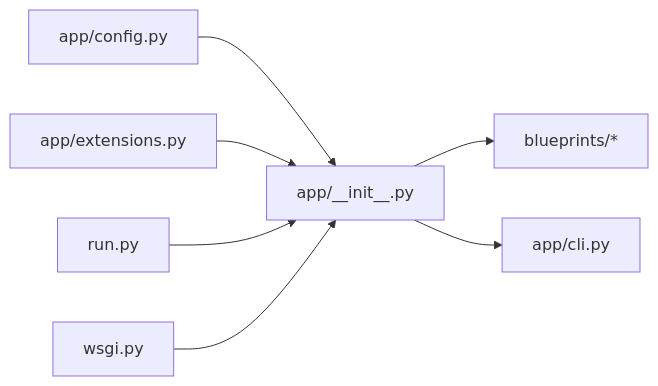
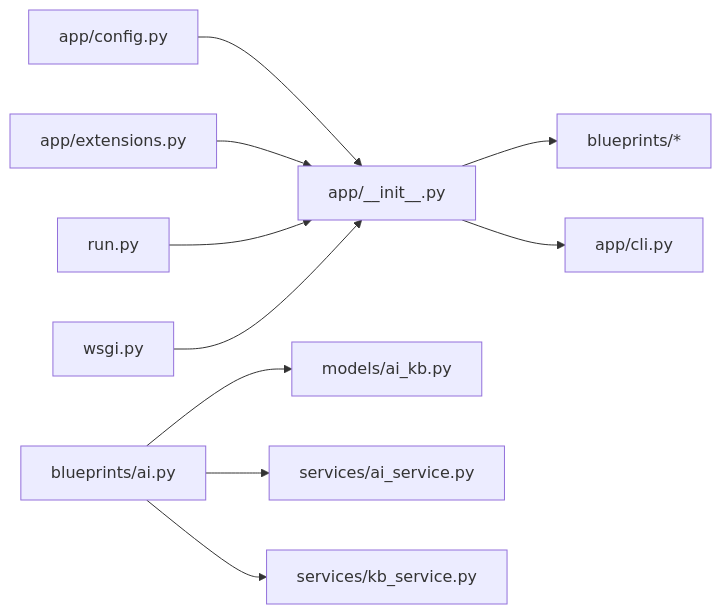
The fourth of 4 diagrams in .qoder/repowiki/zh/content/架构设计/应用工厂架构.md (beyondalbert/my_wiki), drawn with Mermaid before and after one commit. The commit also changed other lines of this file and 10 other files, not shown here.

````diff
--- a/.qoder/repowiki/zh/content/架构设计/应用工厂架构.md
+++ b/.qoder/repowiki/zh/content/架构设计/应用工厂架构.md
@@ -261,9 +321,12 @@
 ```mermaid
 graph LR
 Cfg["app/config.py"] --> Factory["app/__init__.py"]
 Ext["app/extensions.py"] --> Factory
 Factory --> Blueprints["blueprints/*"]
 Factory --> CLI["app/cli.py"]
 Run["run.py"] --> Factory
 Wsgi["wsgi.py"] --> Factory
+AI["blueprints/ai.py"] --> Models["models/ai_kb.py"]
+AI --> Services["services/ai_service.py"]
+AI --> KBServices["services/kb_service.py"]
 ```
````
